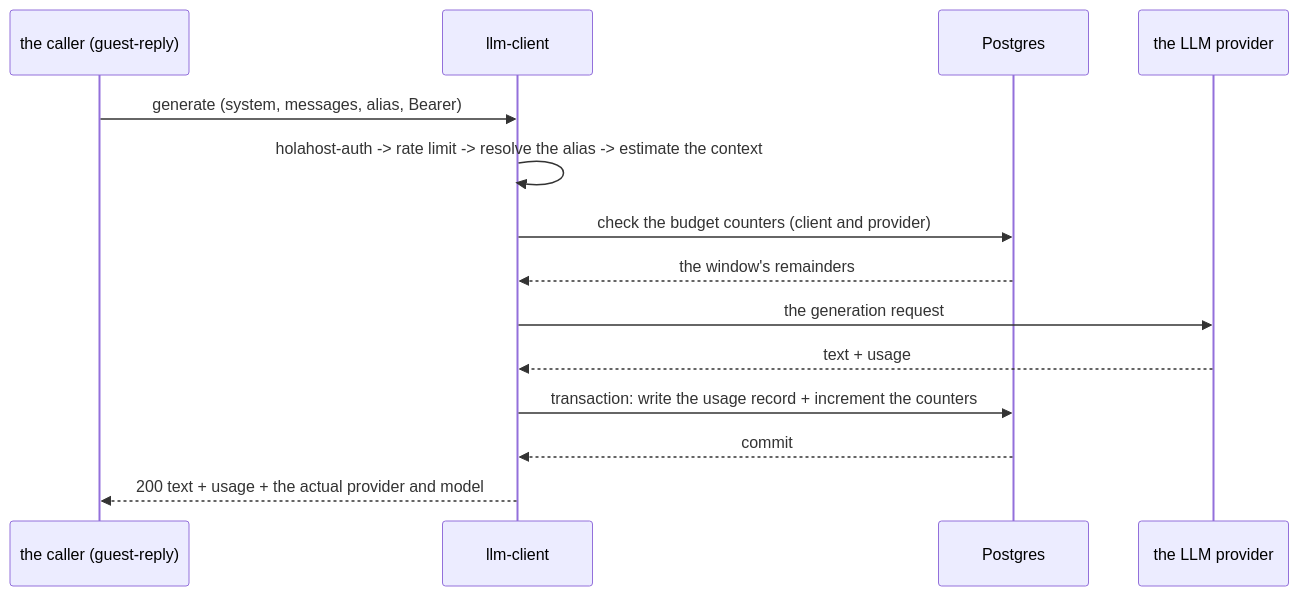
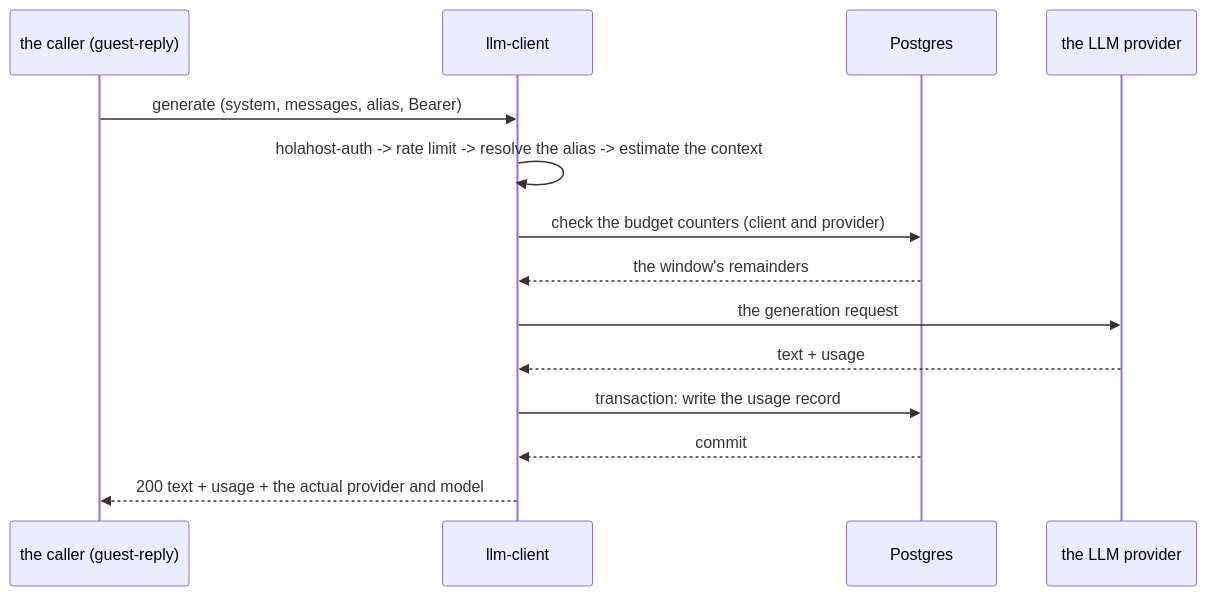
One commit to kaxcheg/holahost changed the third of 3 diagrams in holahost/services/llm-client/docs/llm_client_spec.md. Above: the diagram before and after it, drawn with Mermaid. The commit also changed other lines of this file and 37 other files, not shown here.

````diff
--- a/holahost/services/llm-client/docs/llm_client_spec.md
+++ b/holahost/services/llm-client/docs/llm_client_spec.md
@@ -771,17 +774,17 @@
 ```mermaid
 sequenceDiagram
     participant CLI as the caller (guest-reply)
     participant API as llm-client
     participant PG as Postgres
     participant PR as the LLM provider
 
     CLI->>API: generate (system, messages, alias, Bearer)
     API->>API: holahost-auth -> rate limit -> resolve the alias -> estimate the context
     API->>PG: check the budget counters (client and provider)
     PG-->>API: the window's remainders
     API->>PR: the generation request
     PR-->>API: text + usage
-    API->>PG: transaction: write the usage record + increment the counters
+    API->>PG: transaction: write the usage record
     PG-->>API: commit
     API-->>CLI: 200 text + usage + the actual provider and model
 ```
````
